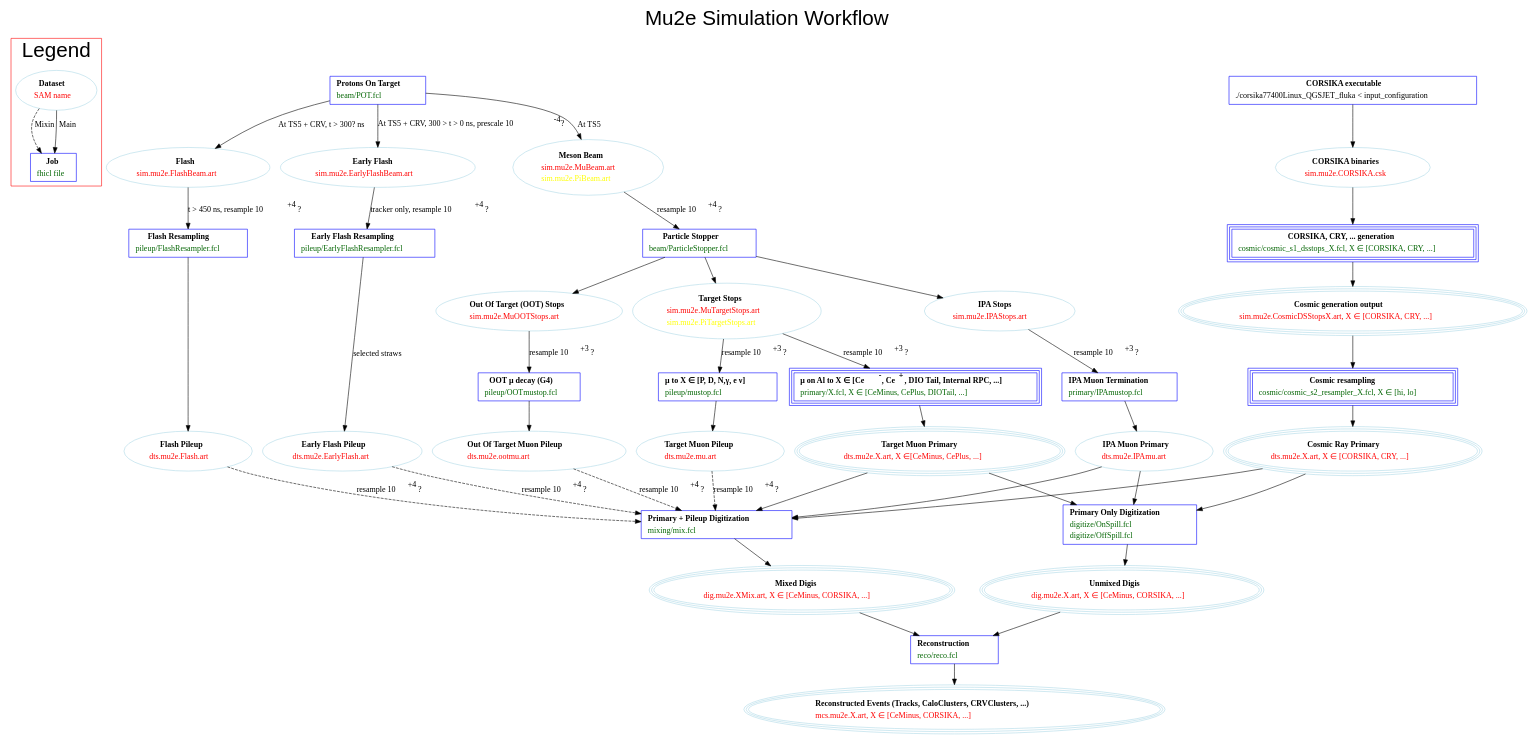
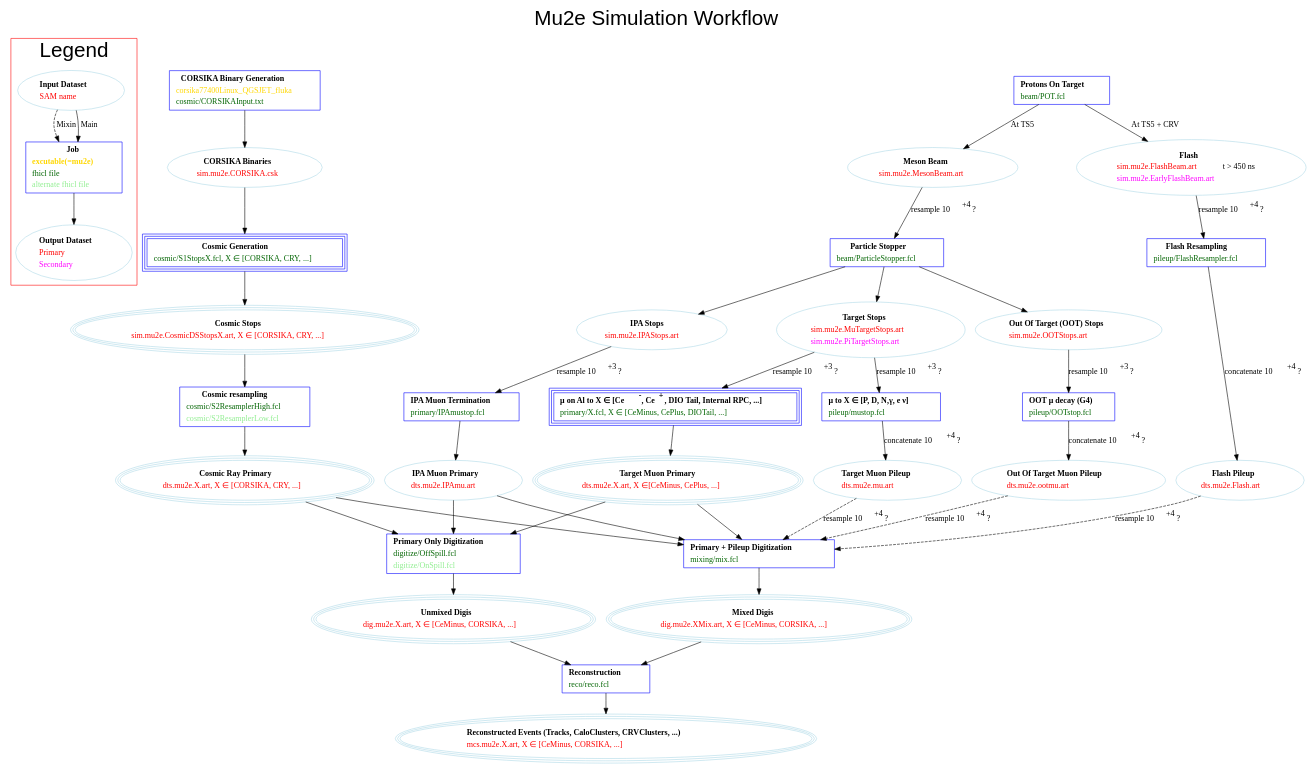
One commit to Mu2e/Offline changed the diagram in JobConfig/doc/SimulationWorkflow.dot. Above: the diagram before and after it, drawn with Graphviz. The commit also changed 9 other files, not shown here.

```diff
--- a/JobConfig/doc/SimulationWorkflow.dot
+++ b/JobConfig/doc/SimulationWorkflow.dot
@@ -1,7 +1,8 @@
-/* A lowchart showing the simulation workflow for Mu2e.
+/* Flowchart showing the simulation workflow for Mu2e.
  * To compile:
  *
- *     dot -Ttiff SimulationWorkflow.dot -o SimulationWorkflow.tiff
+ *     dot -T(suf) SimulationWorkflow.dot -o SimulationWorkflow.(suf), suf=tiff, jpg, pdf, ... 
+ *    See https://graphviz.gitlab.io/documentation/ for more details
  *
  */
 
@@ -19,17 +20,26 @@
     Job [shape=box,color=blue,
 	label=<<table border="0" cellborder="0" cellspacing="1">
 	  <tr><td align="center"><b>Job</b></td></tr>
+	  <tr><td align="center"><b><font color="gold">excutable(=mu2e)</font></b></td></tr>
 	  <tr><td align="left"><font color="darkgreen">fhicl file</font></td></tr>
+	  <tr><td align="left"><font color="lightgreen">alternate fhicl file</font></td></tr>
 	  </table>>];
 
-    Dataset [shape=oval, color=lightblue,
+    Input [shape=oval, color=lightblue,
 	    label=<<table border="0" cellborder="0" cellspacing="1">
-	      <tr><td align="center"><b>Dataset</b></td></tr>
+	      <tr><td align="center"><b>Input Dataset</b></td></tr>
 	      <tr><td align="left"><font color="red">SAM name</font></td></tr>
 	      </table>>];
+    Output [shape=oval, color=lightblue,
+	    label=<<table border="0" cellborder="0" cellspacing="1">
+	      <tr><td align="center"><b>Output Dataset</b></td></tr>
+	      <tr><td align="left"><font color="red">Primary</font></td></tr>
+	      <tr><td align="left"><font color="fuchsia">Secondary</font></td></tr>
+	      </table>>];
 
-    Dataset -> Job [style=dashed, label="Mixin"];
-    Dataset -> Job [style=solid, label="Main"];
+    Input -> Job [style=dashed, label="Mixin"];
+    Input -> Job [style=solid, label="Main"];
+    Job->Output;
   }
 
   subgraph Campaign {
@@ -42,29 +52,17 @@
     Beam [shape=oval,color=lightblue,
 	 label=<<table border="0" cellborder="0" cellspacing="1">
 	   <tr><td align="center"><b>Meson Beam</b></td></tr>
-	   <tr><td align="left"><font color="red">sim.mu2e.MuBeam.art</font></td></tr>
-	   <tr><td align="left"><font color="yellow">sim.mu2e.PiBeam.art</font></td></tr>
+	   <tr><td align="left"><font color="red">sim.mu2e.MesonBeam.art</font></td></tr>
 	   </table>>];
     Flash [shape=oval, color=lightblue,
 	      label=<<table border="0" cellborder="0" cellspacing="1">
 		<tr><td align="center"><b>Flash</b></td></tr>
-		<tr><td align="left"><font color="red">sim.mu2e.FlashBeam.art</font></td></tr>
+		<tr><td align="left"><font color="red">sim.mu2e.FlashBeam.art</font> <font color="black">t &gt; 450 ns</font></td></tr>
+		<tr><td align="left"><font color="fuchsia">sim.mu2e.EarlyFlashBeam.art</font></td></tr>
 		</table>>];
-    EarlyFlash [shape=oval, color=lightblue,
-	       label=<<table border="0" cellborder="0" cellspacing="1">
-		 <tr><td align="center"><b>Early Flash</b></td></tr>
-		 <tr><td align="left"><font color="red">sim.mu2e.EarlyFlashBeam.art</font></td></tr>
-		 </table>>];
 
-    POT -> Flash [ label="At TS5 + CRV, t > 300? ns"];
+    POT -> Flash [ label="At TS5 + CRV"];
     POT ->  Beam [ label="At TS5"];
-    POT ->  EarlyFlash [ label=< At TS5 + CRV, 300 &gt; t &gt; 0 ns, prescale 10<sup>-4</sup>?> ];
-
-    EarlyFlashResampling [shape=box,color=blue,
-		    label=<<table border="0" cellborder="0" cellspacing="1">
-		      <tr><td align="center"><b>Early Flash Resampling</b></td></tr>
-		      <tr><td align="left"><font color="darkgreen">pileup/EarlyFlashResampler.fcl</font></td></tr>
-		      </table>>];
 
     FlashResampling [shape=box,color=blue,
 		    label=<<table border="0" cellborder="0" cellspacing="1">
@@ -79,15 +77,7 @@
 			     </table>>];
 
     Beam -> StopPositionResampling [ label=<resample 10<sup>+4</sup>?> ];
-    Flash -> FlashResampling [ label=<t &gt; 450 ns, resample 10<sup>+4</sup>?> ];
-    EarlyFlash -> EarlyFlashResampling [ label=<tracker only, resample 10<sup>+4</sup>?> ];
-
-    EarlyFlashPileup [shape=oval, color=lightblue,
-		    label=<<table border="0" cellborder="0" cellspacing="1">
-		      <tr><td align="center"><b>Early Flash Pileup</b></td></tr>
-		      <tr><td align="left"><font color="red">dts.mu2e.EarlyFlash.art</font></td></tr>
-		      </table>>];
-
+    Flash -> FlashResampling [ label=<resample 10<sup>+4</sup>?> ];
     FlashPileup [shape=oval, color=lightblue,
 		    label=<<table border="0" cellborder="0" cellspacing="1">
 		      <tr><td align="center"><b>Flash Pileup</b></td></tr>
@@ -98,13 +88,13 @@
 		label=<<table border="0" cellborder="0" cellspacing="1">
 		  <tr><td align="center"><b>Target Stops</b></td></tr>
 		  <tr><td align="left"><font color="red">sim.mu2e.MuTargetStops.art</font></td></tr>
-		  <tr><td align="left"><font color="yellow">sim.mu2e.PiTargetStops.art</font></td></tr>
+		  <tr><td align="left"><font color="fuchsia">sim.mu2e.PiTargetStops.art</font></td></tr>
 		  </table>>];
 
     OutOfTargetStops [shape=oval, color=lightblue,
 		     label=<<table border="0" cellborder="0" cellspacing="1">
 		       <tr><td align="center"><b>Out Of Target (OOT) Stops</b></td></tr>
-		       <tr><td align="left"><font color="red">sim.mu2e.MuOOTStops.art</font></td></tr>
+		       <tr><td align="left"><font color="red">sim.mu2e.OOTStops.art</font></td></tr>
 		       </table>>];
 
     IPAStops [shape=oval, color=lightblue,
@@ -113,8 +103,8 @@
 	       <tr><td align="left"><font color="red">sim.mu2e.IPAStops.art</font></td></tr>
 	       </table>>];
 
-    FlashResampling -> FlashPileup;
-    EarlyFlashResampling -> EarlyFlashPileup [ label=<selected straws> ];
+    FlashResampling -> FlashPileup [ label=<concatenate 10<sup>+4</sup>?> ];
+
 
     StopPositionResampling -> TargetStops;
     StopPositionResampling -> OutOfTargetStops;
@@ -135,7 +125,7 @@
     OutOfTargetMuonTerm [shape=box,color=blue,
 			label=<<table border="0" cellborder="0" cellspacing="1">
 			  <tr><td align="center"><b>OOT &mu; decay (G4)</b></td></tr>
-			  <tr><td align="left"><font color="darkgreen">pileup/OOTmustop.fcl</font></td></tr>
+			  <tr><td align="left"><font color="darkgreen">pileup/OOTstop.fcl</font></td></tr>
 			  </table>>];
 
     IPAMuonTerm [shape=box,color=blue,
@@ -150,13 +140,14 @@
 
     CosmicStage0 [shape=box, peripheries=1, color=blue,
             label=<<table border="0" cellborder="0" cellspacing="1">
-                        <tr><td align="center"><b>CORSIKA executable</b></td></tr>
-                        <tr><td align="left">./corsika77400Linux_QGSJET_fluka &lt; input_configuration</td></tr>
+                        <tr><td align="center"><b>CORSIKA Binary Generation</b></td></tr>
+                        <tr><td align="left"><font color="gold">corsika77400Linux_QGSJET_fluka</font></td></tr>
+                        <tr><td align="left"><font color="darkgreen">cosmic/CORSIKAInput.txt</font></td></tr>
                         </table>>];
 
     CORSIKAOutput [shape=oval, peripheries=1, color=lightblue,
 		  label=<<table border="0" cellborder="0" cellspacing="1">
-		    <tr><td align="center"><b>CORSIKA binaries</b></td></tr>
+		    <tr><td align="center"><b>CORSIKA Binaries</b></td></tr>
 		    <tr><td align="left"><font color="red">sim.mu2e.CORSIKA.csk</font></td></tr>
 		    </table>>];
 
@@ -164,24 +155,25 @@
 
     CosmicGenerator [shape=box, peripheries=3, color=blue,
 		    label=<<table border="0" cellborder="0" cellspacing="1">
-		      <tr><td align="center"><b>CORSIKA, CRY, ... generation</b></td></tr>
-		      <tr><td align="left"><font color="darkgreen">cosmic/cosmic_s1_dsstops_X.fcl, X &isin; [CORSIKA, CRY, ...]</font></td></tr>
+		      <tr><td align="center"><b>Cosmic Generation</b></td></tr>
+		      <tr><td align="left"><font color="darkgreen">cosmic/S1StopsX.fcl, X &isin; [CORSIKA, CRY, ...]</font></td></tr>
 		      </table>>];
 
     CORSIKAOutput -> CosmicGenerator;
 
     CosmicStage1Output [shape=oval, peripheries=3, color=lightblue,
 		  label=<<table border="0" cellborder="0" cellspacing="1">
-		    <tr><td align="center"><b>Cosmic generation output</b></td></tr>
+		    <tr><td align="center"><b>Cosmic Stops</b></td></tr>
 		    <tr><td align="left"><font color="red">sim.mu2e.CosmicDSStopsX.art, X &isin; [CORSIKA, CRY, ...]</font></td></tr>
 		    </table>>];
 
     CosmicGenerator -> CosmicStage1Output;
 
-    CosmicStage2 [shape=box, peripheries=3, color=blue,
+    CosmicStage2 [shape=box, peripheries=1, color=blue,
         label=<<table border="0" cellborder="0" cellspacing="1">
             <tr><td align="center"><b>Cosmic resampling</b></td></tr>
-            <tr><td align="left"><font color="darkgreen">cosmic/cosmic_s2_resampler_X.fcl, X &isin; [hi, lo]</font></td></tr>
+            <tr><td align="left"><font color="darkgreen">cosmic/S2ResamplerHigh.fcl</font></td></tr>
+            <tr><td align="left"><font color="lightgreen">cosmic/S2ResamplerLow.fcl</font></td></tr>
             </table>>];
 
     CosmicStage1Output -> CosmicStage2;
@@ -227,9 +219,9 @@
 				<tr><td align="left"><font color="red">dts.mu2e.ootmu.art</font></td></tr>
 				</table>>];
 
-    PileupMuonTerm -> TargetMuonPileup;
-    OutOfTargetMuonTerm -> OutOfTargetMuonPileup;
-    {rank=same TargetMuonPileup OutOfTargetMuonPileup EarlyFlashPileup FlashPileup CosmicPrimary MuonPrimary IPAPrimary};
+    PileupMuonTerm -> TargetMuonPileup [ label=<concatenate 10<sup>+4</sup>?> ];
+    OutOfTargetMuonTerm -> OutOfTargetMuonPileup [ label=<concatenate 10<sup>+4</sup>?> ];
+    {rank=same TargetMuonPileup OutOfTargetMuonPileup FlashPileup CosmicPrimary MuonPrimary IPAPrimary};
 
     MixDigitization [shape=box, peripheries=1, color=blue,
 		    label=<<table border="0" cellborder="0" cellspacing="1">
@@ -240,8 +232,8 @@
     NomixDigitization [shape=box, peripheries=1, color=blue,
 		      label=<<table border="0" cellborder="0" cellspacing="1">
 		      <tr><td align="center"><b> Primary Only Digitization </b></td></tr>
-		      <tr><td align="left"><font color="darkgreen">digitize/OnSpill.fcl</font></td></tr>
 		      <tr><td align="left"><font color="darkgreen">digitize/OffSpill.fcl</font></td></tr>
+		      <tr><td align="left"><font color="lightgreen">digitize/OnSpill.fcl</font></td></tr>
 		      </table>>];
 
     MuonPrimary -> MixDigitization;
@@ -249,7 +241,6 @@
     IPAPrimary -> MixDigitization;
     TargetMuonPileup -> MixDigitization [style=dashed, label=<resample 10<sup>+4</sup>?> ];
     OutOfTargetMuonPileup -> MixDigitization [style=dashed, label=<resample 10<sup>+4</sup>?>];
-    EarlyFlashPileup -> MixDigitization [style=dashed, label=<resample 10<sup>+4</sup>?>];
     FlashPileup -> MixDigitization [style=dashed, label=<resample 10<sup>+4</sup>?>];
 
     MuonPrimary -> NomixDigitization;
```
